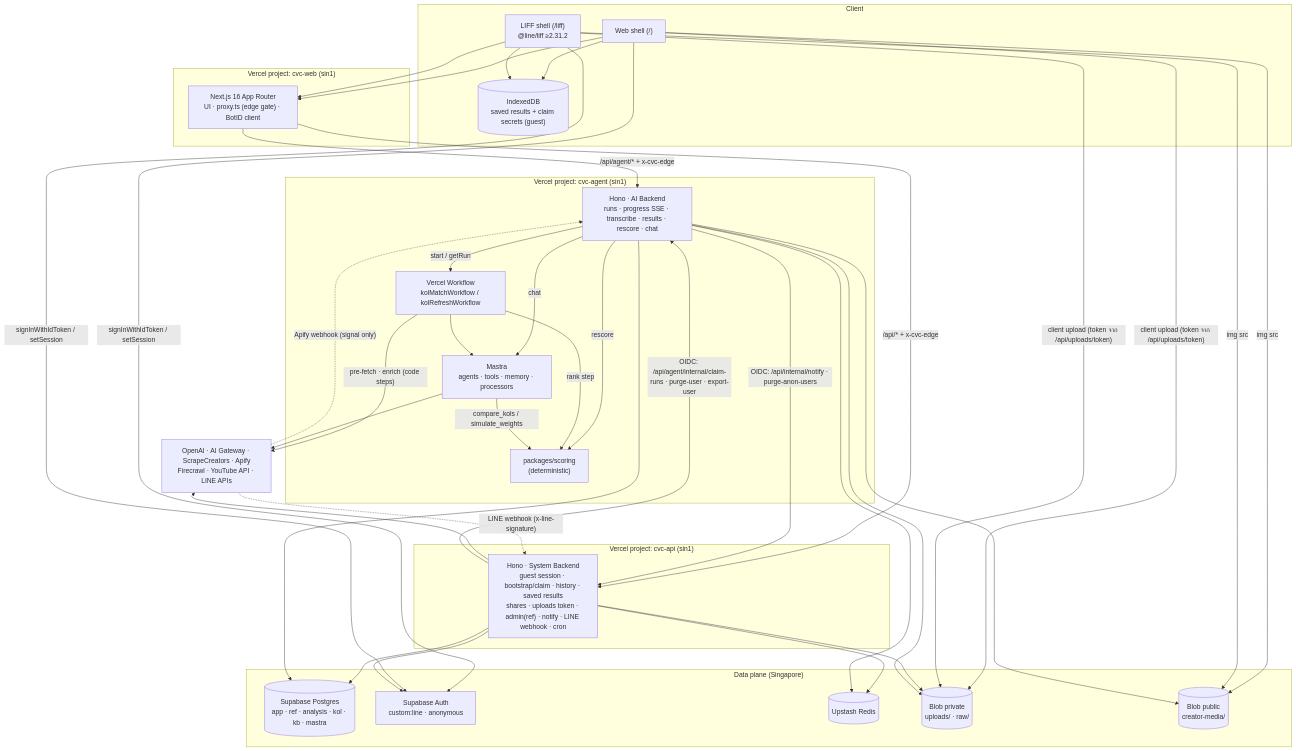
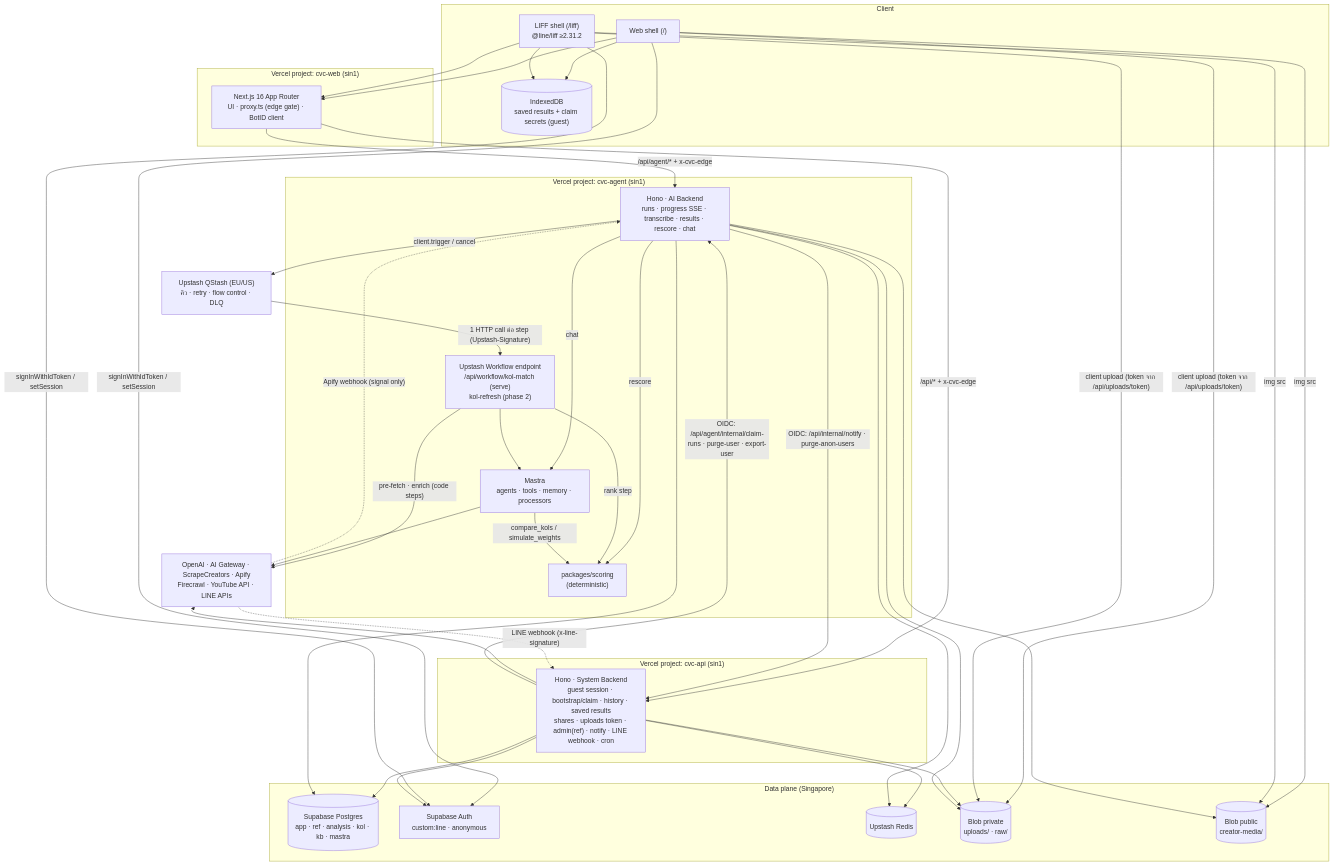
One commit to Natthaphatpiw/cvc changed the second of 8 diagrams in SYSTEM_DESIGN.md. Above: the diagram before and after it, drawn with Mermaid. The commit also changed other lines of this file and 29 other files, not shown here.

````diff
--- a/SYSTEM_DESIGN.md
+++ b/SYSTEM_DESIGN.md
@@ -261,50 +265,52 @@
 ```mermaid
 flowchart TB
   subgraph Browser["Client"]
     W["Web shell (/)"]
     L["LIFF shell (/liff)<br/>@line/liff ≥2.31.2"]
     IDB[("IndexedDB<br/>saved results + claim secrets (guest)")]
   end
   subgraph V1["Vercel project: cvc-web (sin1)"]
     NEXT["Next.js 16 App Router<br/>UI · proxy.ts (edge gate) · BotID client"]
   end
   subgraph V2["Vercel project: cvc-api (sin1)"]
     API["Hono · System Backend<br/>guest session · bootstrap/claim · history · saved results<br/>shares · uploads token · admin(ref) · notify · LINE webhook · cron"]
   end
   subgraph V3["Vercel project: cvc-agent (sin1)"]
     AG["Hono · AI Backend<br/>runs · progress SSE · transcribe · results · rescore · chat"]
-    WF["Vercel Workflow<br/>kolMatchWorkflow / kolRefreshWorkflow"]
+    WF["Upstash Workflow endpoint<br/>/api/workflow/kol-match (serve)<br/>kol-refresh (phase 2)"]
     MA["Mastra<br/>agents · tools · memory · processors"]
     SC["packages/scoring<br/>(deterministic)"]
   end
   subgraph Data["Data plane (Singapore)"]
     PG[("Supabase Postgres<br/>app · ref · analysis · kol · kb · mastra")]
     AUTH["Supabase Auth<br/>custom:line · anonymous"]
     R[("Upstash Redis")]
     BP[("Blob private<br/>uploads/ · raw/")]
     BC[("Blob public<br/>creator-media/")]
   end
   EXT["OpenAI · AI Gateway · ScrapeCreators · Apify<br/>Firecrawl · YouTube API · LINE APIs"]
+  QS["Upstash QStash (EU/US)<br/>คิว · retry · flow control · DLQ"]
   W & L --> NEXT
   W & L --> IDB
   W & L -- "client upload (token จาก /api/uploads/token)" --> BP
   W & L -- "img src" --> BC
   W & L -- "signInWithIdToken / setSession" --> AUTH
   NEXT -- "/api/agent/* + x-cvc-edge" --> AG
   NEXT -- "/api/* + x-cvc-edge" --> API
   API --> PG & R & BP & AUTH
-  AG -- "start / getRun" --> WF
+  AG -- "client.trigger / cancel" --> QS
+  QS -- "1 HTTP call ต่อ step (Upstash-Signature)" --> WF
   AG -- "chat" --> MA
   AG -- "rescore" --> SC
   WF --> MA
   WF -- "rank step" --> SC
   MA -- "compare_kols / simulate_weights" --> SC
   AG --> PG & R & BP & BC
   WF -- "pre-fetch · enrich (code steps)" --> EXT
   MA --> EXT
   API --> EXT
   AG -- "OIDC: /api/internal/notify · purge-anon-users" --> API
   API -- "OIDC: /api/agent/internal/claim-runs · purge-user · export-user" --> AG
   EXT -. "Apify webhook (signal only)" .-> AG
   EXT -. "LINE webhook (x-line-signature)" .-> API
 ```
````
